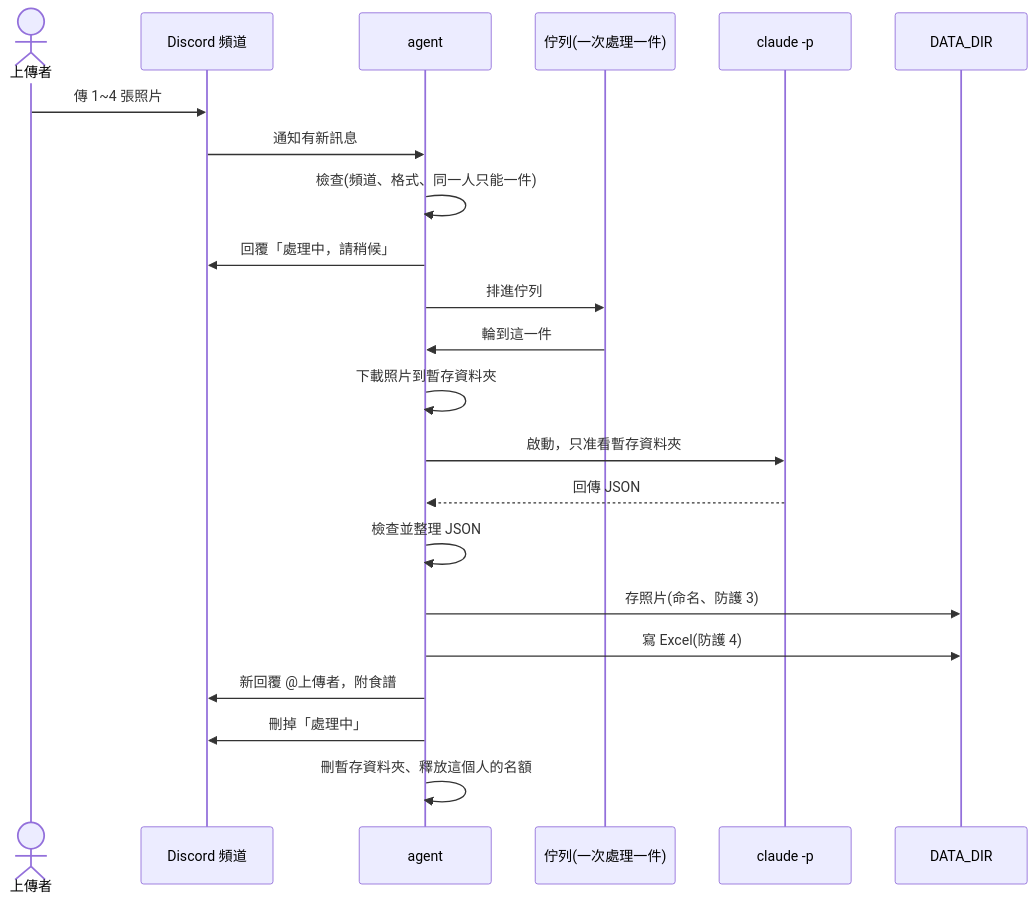
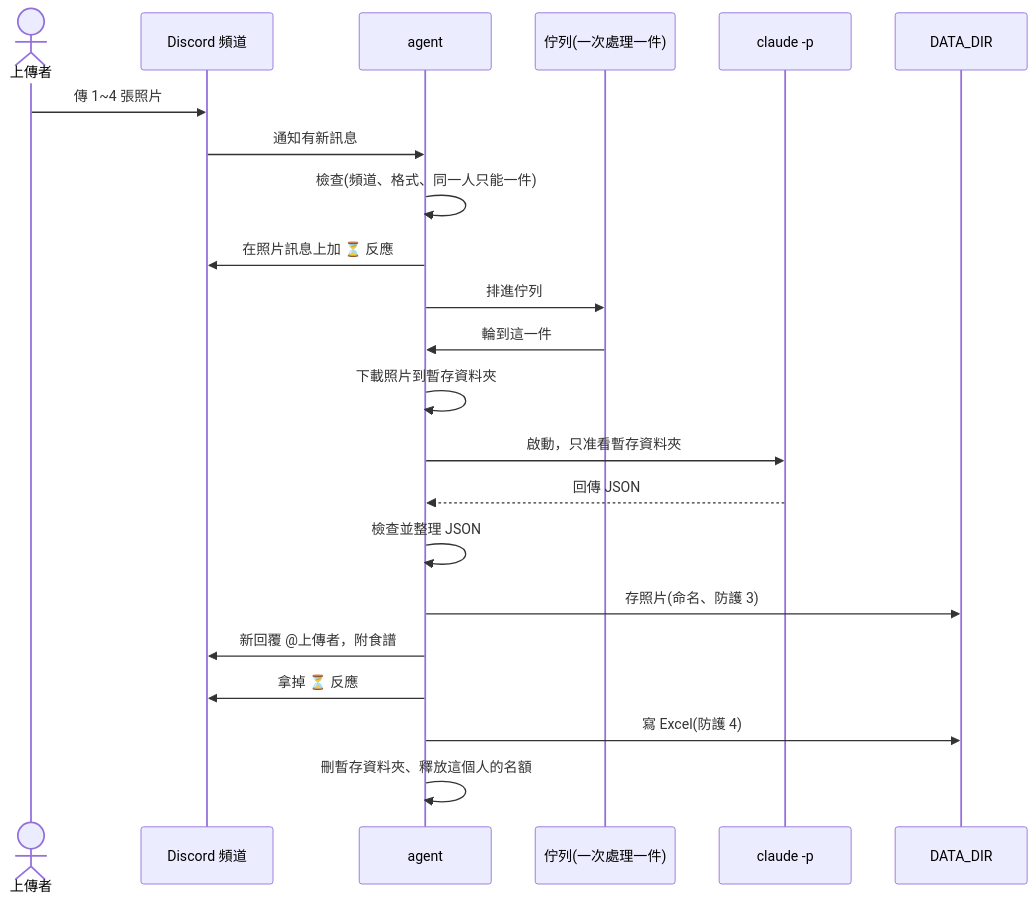
One commit to 411332052-spec/recipe changed the second of 2 diagrams in docs/architecture.md. Above: the diagram before and after it, drawn with Mermaid. The commit also changed other lines of this file and 26 other files, not shown here.

````diff
--- a/docs/architecture.md
+++ b/docs/architecture.md
@@ -156,25 +156,25 @@
 ```mermaid
 sequenceDiagram
     actor U as 上傳者
     participant D as Discord 頻道
     participant A as agent
     participant Q as 佇列(一次處理一件)
     participant C as claude -p
     participant S as DATA_DIR
 
     U->>D: 傳 1~4 張照片
     D->>A: 通知有新訊息
     A->>A: 檢查(頻道、格式、同一人只能一件)
-    A->>D: 回覆「處理中，請稍候」
+    A->>D: 在照片訊息上加 ⏳ 反應
     A->>Q: 排進佇列
     Q->>A: 輪到這一件
     A->>A: 下載照片到暫存資料夾
     A->>C: 啟動，只准看暫存資料夾
     C-->>A: 回傳 JSON
     A->>A: 檢查並整理 JSON
     A->>S: 存照片(命名、防護 3)
+    A->>D: 新回覆 @上傳者，附食譜
+    A->>D: 拿掉 ⏳ 反應
     A->>S: 寫 Excel(防護 4)
-    A->>D: 新回覆 @上傳者，附食譜
-    A->>D: 刪掉「處理中」
     A->>A: 刪暫存資料夾、釋放這個人的名額
 ```
````
